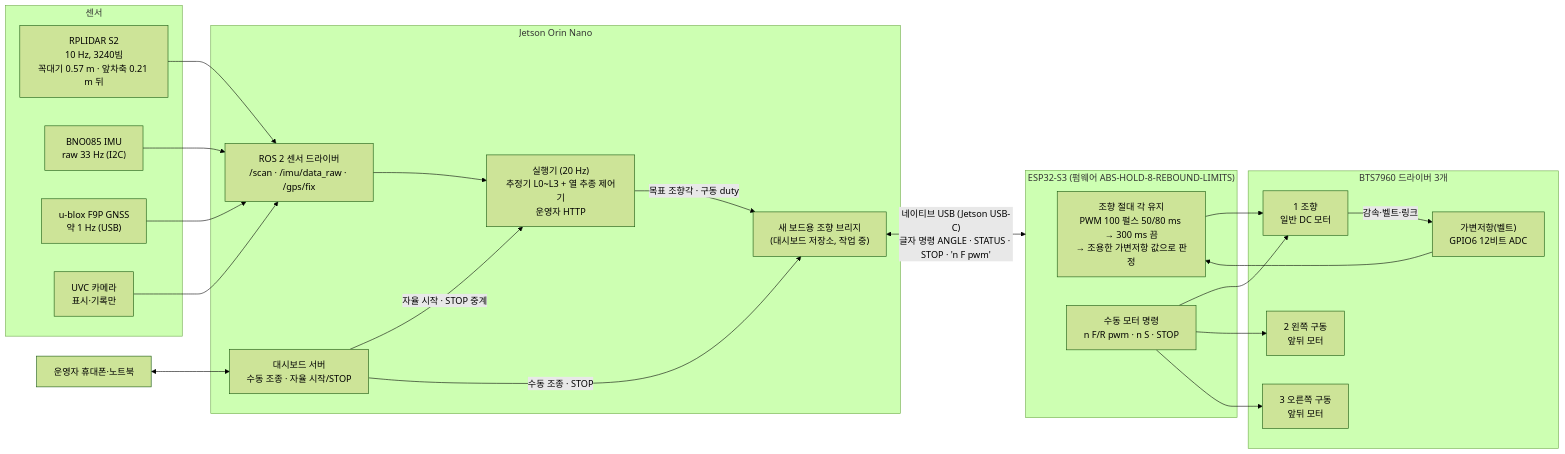
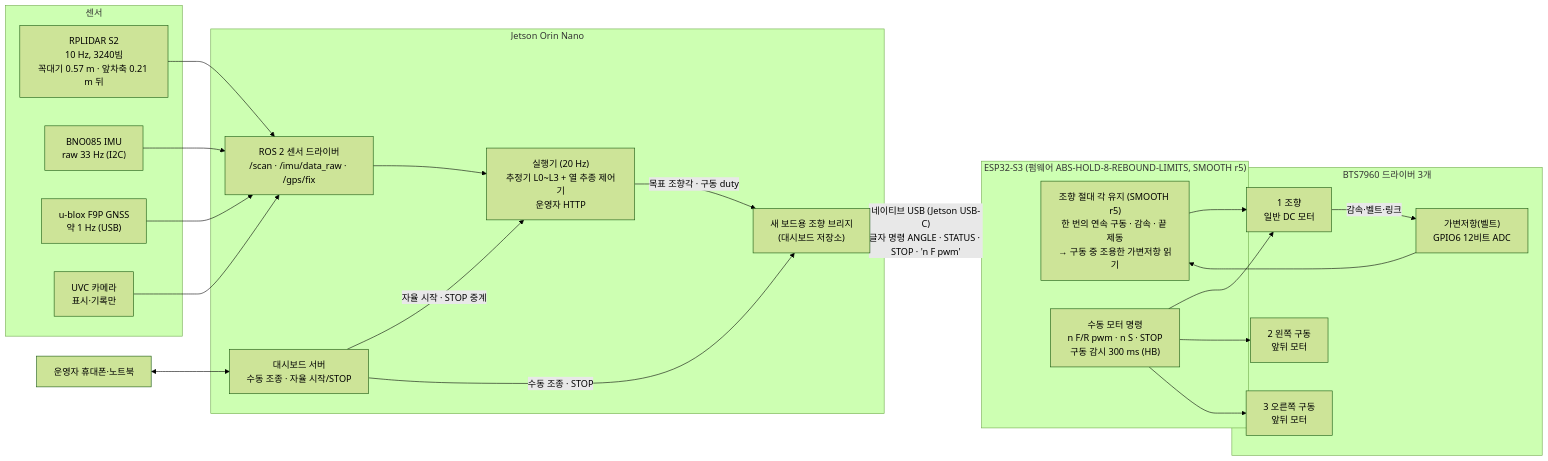
One commit to 2026-BTS-UNI-Car/unist_orchard_simulation changed the first of 7 diagrams in docs/ARCHITECTURE_KO.md. Above: the diagram before and after it, drawn with Mermaid (forest theme). The commit also changed other lines of this file and 6 other files, not shown here.

````diff
--- a/docs/ARCHITECTURE_KO.md
+++ b/docs/ARCHITECTURE_KO.md
@@ -16,42 +19,42 @@
 ```mermaid
 flowchart LR
   subgraph SENS["센서"]
     LI["RPLIDAR S2<br/>10 Hz, 3240빔<br/>꼭대기 0.57 m · 앞차축 0.21 m 뒤"]
     IM["BNO085 IMU<br/>raw 33 Hz (I2C)"]
     GN["u-blox F9P GNSS<br/>약 1 Hz (USB)"]
     CA["UVC 카메라<br/>표시·기록만"]
   end
   subgraph JET["Jetson Orin Nano"]
     DRV["ROS 2 센서 드라이버<br/>/scan · /imu/data_raw · /gps/fix"]
     EXE["실행기 (20 Hz)<br/>추정기 L0~L3 + 열 추종 제어기<br/>운영자 HTTP"]
-    BR["새 보드용 조향 브리지<br/>(대시보드 저장소, 작업 중)"]
+    BR["새 보드용 조향 브리지<br/>(대시보드 저장소)"]
     DB["대시보드 서버<br/>수동 조종 · 자율 시작/STOP"]
   end
-  subgraph ESP["ESP32-S3 (펌웨어 ABS-HOLD-8-REBOUND-LIMITS)"]
-    HOLD["조향 절대 각 유지<br/>PWM 100 펄스 50/80 ms → 300 ms 끔<br/>→ 조용한 가변저항 값으로 판정"]
-    MAN["수동 모터 명령<br/>n F/R pwm · n S · STOP"]
+  subgraph ESP["ESP32-S3 (펌웨어 ABS-HOLD-8-REBOUND-LIMITS, SMOOTH r5)"]
+    HOLD["조향 절대 각 유지 (SMOOTH r5)<br/>한 번의 연속 구동 · 감속 · 끝 제동<br/>→ 구동 중 조용한 가변저항 읽기"]
+    MAN["수동 모터 명령<br/>n F/R pwm · n S · STOP<br/>구동 감시 300 ms (HB)"]
   end
   subgraph ACT["BTS7960 드라이버 3개"]
     D1["1 조향<br/>일반 DC 모터"]
     D2["2 왼쪽 구동<br/>앞뒤 모터"]
     D3["3 오른쪽 구동<br/>앞뒤 모터"]
     POT["가변저항(벨트)<br/>GPIO6 12비트 ADC"]
   end
   OP["운영자 휴대폰·노트북"]
   LI --> DRV
   IM --> DRV
   GN --> DRV
   CA --> DRV
   DRV --> EXE
   OP <--> DB
   DB -->|"자율 시작 · STOP 중계"| EXE
   EXE -->|"목표 조향각 · 구동 duty"| BR
   DB -->|"수동 조종 · STOP"| BR
   BR <-->|"네이티브 USB (Jetson USB-C)<br/>글자 명령 ANGLE · STATUS · STOP · 'n F pwm'"| ESP
   HOLD --> D1
   MAN --> D1
   MAN --> D2
   MAN --> D3
   D1 -->|"감속·벨트·링크"| POT
   POT --> HOLD
 ```
````
